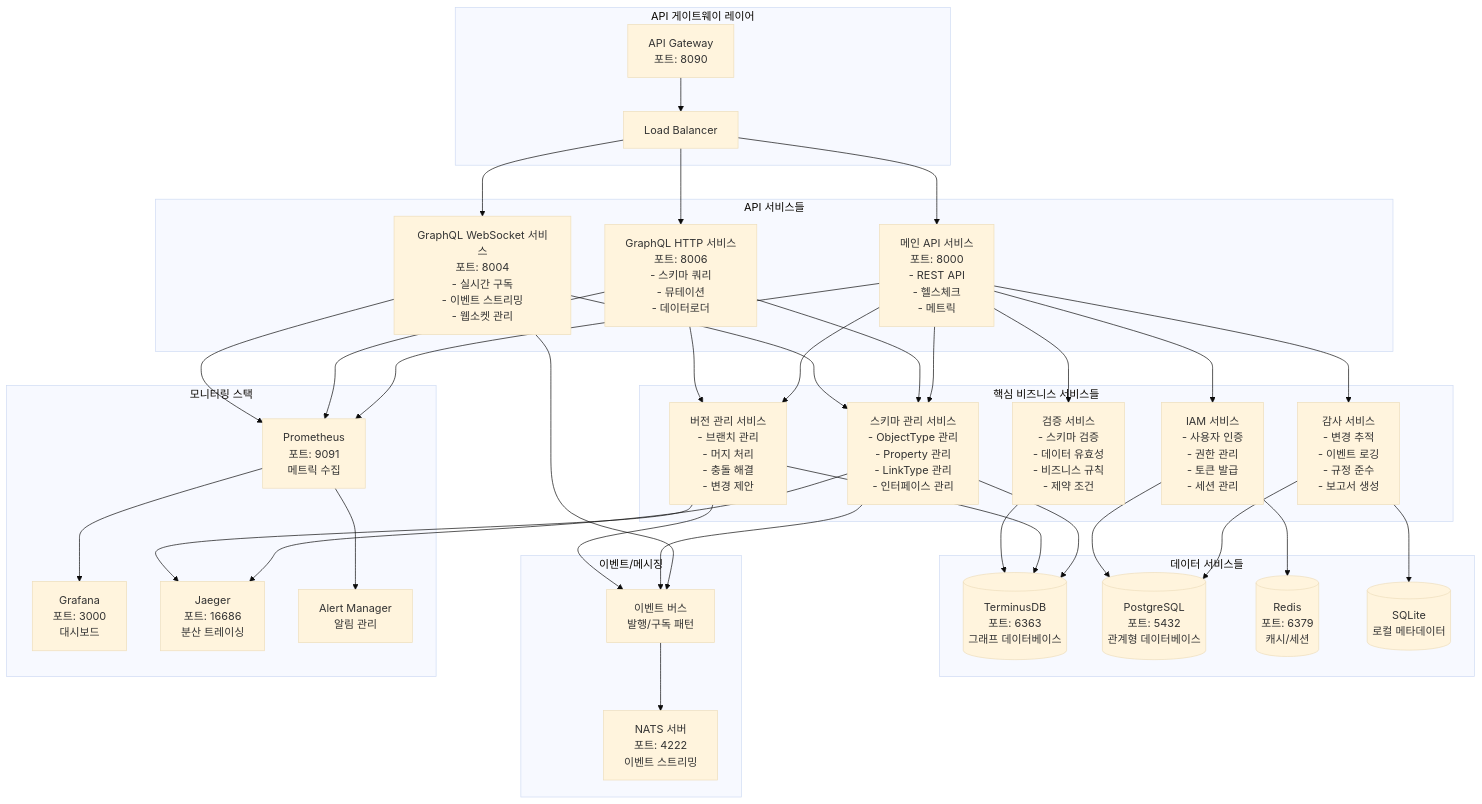
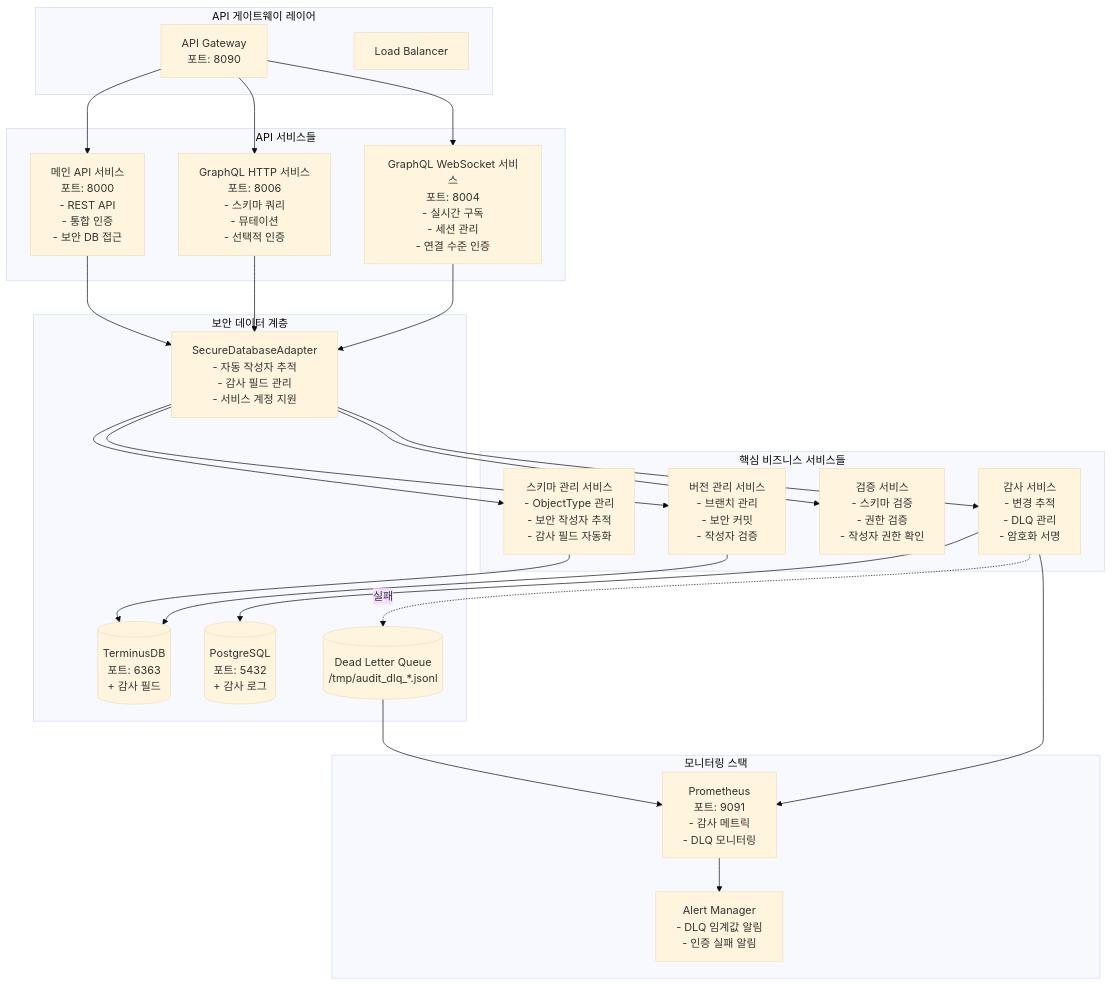
One commit to ludia8888/Icon-Blaster changed the fifth of 5 diagrams in oms-monolith/ARCHITECTURE.md. Above: the diagram before and after it, drawn with Mermaid (base theme). The commit also changed other lines of this file and 70 other files, not shown here.

First line of the commit message:
feat: Complete IAM-TerminusDB integration with secure author tracking

````diff
--- a/oms-monolith/ARCHITECTURE.md
+++ b/oms-monolith/ARCHITECTURE.md
@@ -136,78 +220,55 @@
     end
 
     subgraph "API 서비스들"
-        MainAPI[메인 API 서비스<br/>포트: 8000<br/>- REST API<br/>- 헬스체크<br/>- 메트릭]
+        MainAPI[메인 API 서비스<br/>포트: 8000<br/>- REST API<br/>- 통합 인증<br/>- 보안 DB 접근]
         
-        GraphQLHTTP[GraphQL HTTP 서비스<br/>포트: 8006<br/>- 스키마 쿼리<br/>- 뮤테이션<br/>- 데이터로더]
+        GraphQLHTTP[GraphQL HTTP 서비스<br/>포트: 8006<br/>- 스키마 쿼리<br/>- 뮤테이션<br/>- 선택적 인증]
         
-        GraphQLWS[GraphQL WebSocket 서비스<br/>포트: 8004<br/>- 실시간 구독<br/>- 이벤트 스트리밍<br/>- 웹소켓 관리]
+        GraphQLWS[GraphQL WebSocket 서비스<br/>포트: 8004<br/>- 실시간 구독<br/>- 세션 관리<br/>- 연결 수준 인증]
     end
 
     subgraph "핵심 비즈니스 서비스들"
-        SchemaService[스키마 관리 서비스<br/>- ObjectType 관리<br/>- Property 관리<br/>- LinkType 관리<br/>- 인터페이스 관리]
+        SchemaService[스키마 관리 서비스<br/>- ObjectType 관리<br/>- 보안 작성자 추적<br/>- 감사 필드 자동화]
         
-        VersionService[버전 관리 서비스<br/>- 브랜치 관리<br/>- 머지 처리<br/>- 충돌 해결<br/>- 변경 제안]
+        VersionService[버전 관리 서비스<br/>- 브랜치 관리<br/>- 보안 커밋<br/>- 작성자 검증]
         
-        ValidationService[검증 서비스<br/>- 스키마 검증<br/>- 데이터 유효성<br/>- 비즈니스 규칙<br/>- 제약 조건]
+        ValidationService[검증 서비스<br/>- 스키마 검증<br/>- 권한 검증<br/>- 작성자 권한 확인]
         
-        AuditService[감사 서비스<br/>- 변경 추적<br/>- 이벤트 로깅<br/>- 규정 준수<br/>- 보고서 생성]
-        
-        IAMService[IAM 서비스<br/>- 사용자 인증<br/>- 권한 관리<br/>- 토큰 발급<br/>- 세션 관리]
+        AuditService[감사 서비스<br/>- 변경 추적<br/>- DLQ 관리<br/>- 암호화 서명]
     end
 
-    subgraph "데이터 서비스들"
-        TerminusDB[(TerminusDB<br/>포트: 6363<br/>그래프 데이터베이스)]
-        PostgreSQL[(PostgreSQL<br/>포트: 5432<br/>관계형 데이터베이스)]
-        Redis[(Redis<br/>포트: 6379<br/>캐시/세션)]
-        SQLite[(SQLite<br/>로컬 메타데이터)]
-    end
-
-    subgraph "이벤트/메시징"
-        NATS[NATS 서버<br/>포트: 4222<br/>이벤트 스트리밍]
-        EventBus[이벤트 버스<br/>발행/구독 패턴]
+    subgraph "보안 데이터 계층"
+        SecureDB[SecureDatabaseAdapter<br/>- 자동 작성자 추적<br/>- 감사 필드 관리<br/>- 서비스 계정 지원]
+        
+        TerminusDB[(TerminusDB<br/>포트: 6363<br/>+ 감사 필드)]
+        PostgreSQL[(PostgreSQL<br/>포트: 5432<br/>+ 감사 로그)]
+        DLQ[(Dead Letter Queue<br/>/tmp/audit_dlq_*.jsonl)]
     end
 
     subgraph "모니터링 스택"
-        Prometheus[Prometheus<br/>포트: 9091<br/>메트릭 수집]
-        Grafana[Grafana<br/>포트: 3000<br/>대시보드]
-        Jaeger[Jaeger<br/>포트: 16686<br/>분산 트레이싱]
-        AlertManager[Alert Manager<br/>알림 관리]
+        Prometheus[Prometheus<br/>포트: 9091<br/>- 감사 메트릭<br/>- DLQ 모니터링]
+        AlertManager[Alert Manager<br/>- DLQ 임계값 알림<br/>- 인증 실패 알림]
     end
 
-    Gateway --> LB
-    LB --> MainAPI
-    LB --> GraphQLHTTP
-    LB --> GraphQLWS
+    Gateway --> MainAPI
+    Gateway --> GraphQLHTTP
+    Gateway --> GraphQLWS
 
-    MainAPI --> SchemaService
-    MainAPI --> VersionService
-    MainAPI --> ValidationService
-    MainAPI --> AuditService
-    MainAPI --> IAMService
+    MainAPI --> SecureDB
+    GraphQLHTTP --> SecureDB
+    GraphQLWS --> SecureDB
 
-    GraphQLHTTP --> SchemaService
-    GraphQLHTTP --> VersionService
-    GraphQLWS --> SchemaService
-    GraphQLWS --> EventBus
+    SecureDB --> SchemaService
+    SecureDB --> VersionService
+    SecureDB --> ValidationService
+    SecureDB --> AuditService
 
     SchemaService --> TerminusDB
     VersionService --> TerminusDB
-    ValidationService --> TerminusDB
     AuditService --> PostgreSQL
-    AuditService --> SQLite
-    IAMService --> PostgreSQL
-    IAMService --> Redis
+    AuditService -.->|실패| DLQ
 
-    SchemaService --> EventBus
-    VersionService --> EventBus
-    EventBus --> NATS
-
-    MainAPI --> Prometheus
-    GraphQLHTTP --> Prometheus
-    GraphQLWS --> Prometheus
-    Prometheus --> Grafana
+    AuditService --> Prometheus
+    DLQ --> Prometheus
     Prometheus --> AlertManager
-
-    SchemaService --> Jaeger
-    VersionService --> Jaeger
 ```
````
